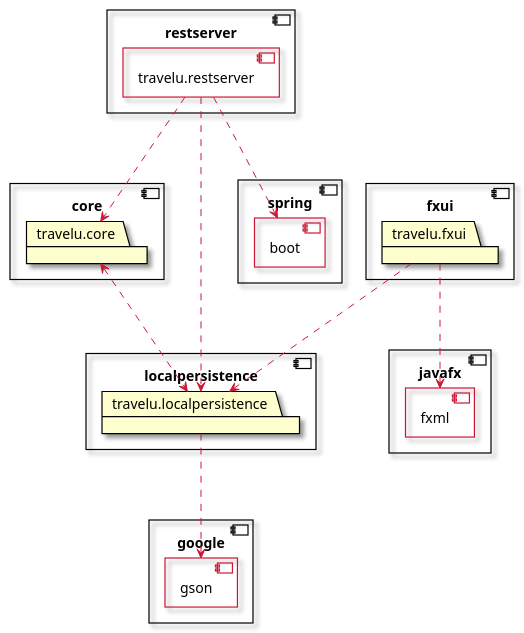
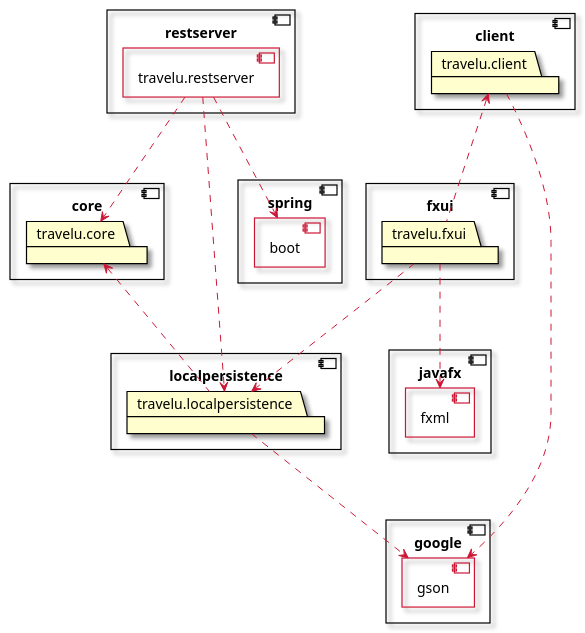
Before and after one commit to tbwiik/Travelu: the diagram in docs/packageDiagram.plantuml, drawn with PlantUML. The commit also changed 1 other file, not shown here.

Commit message:
docs: add remaining package, and fix relations

```diff
--- a/docs/packageDiagram.plantuml
+++ b/docs/packageDiagram.plantuml
@@ -1,56 +1,62 @@
-@startuml packageDiagram 
+@startuml packageDiagram
 skin rose
 
 component restserver {
   [travelu.restserver] <<inside>>
 }
 
 component fxui {
   package travelu.fxui {
 }
 }
 
 component core {
   package travelu.core {
 }
 }
 
 component localpersistence {
   package travelu.localpersistence {
+}
+}
+
+component client {
+  package travelu.client {
 }
 }
 
 component spring {
   [boot] <<inside>>
 }
 
 component javafx {
   [fxml] <<inside>>
 }
 
 component google {
   [gson] <<inside>>
 }
 
 skinparam Component {
   BackgroundColor transparent
   BorderColor black
   BorderColor<<inside>> #cc1836
 }
 
 skinparam ComponentBorderThickness 1.2
 skinparam PackageBorderThickness 1.2
 skinparam PackageBorderColor black
 skinparam ArrowColor #cc1836
 
 HIDE <<inside>> stereotype
 
-
+travelu.client <... travelu.fxui
+travelu.client ..> gson
 travelu.fxui ...> fxml
 travelu.fxui ...> travelu.localpersistence
 travelu.localpersistence ...> gson
-travelu.core <...> travelu.localpersistence
+travelu.core <... travelu.localpersistence
 travelu.restserver ...> travelu.core
 travelu.restserver ...> boot
 travelu.restserver ...> travelu.localpersistence
 @enduml
```
